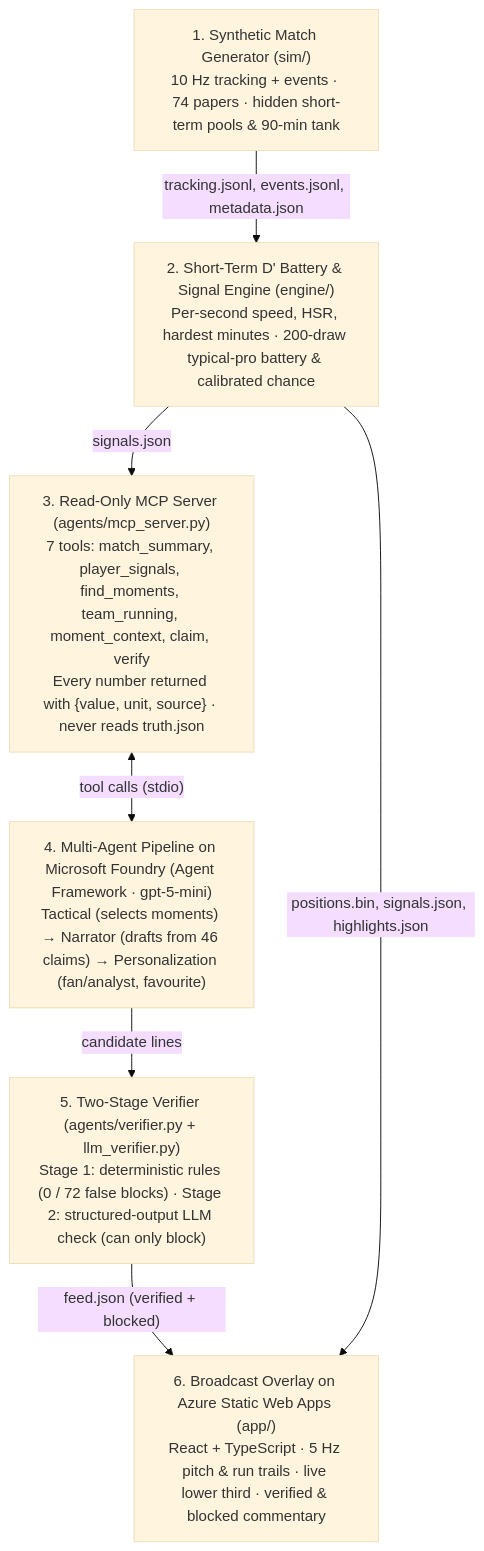
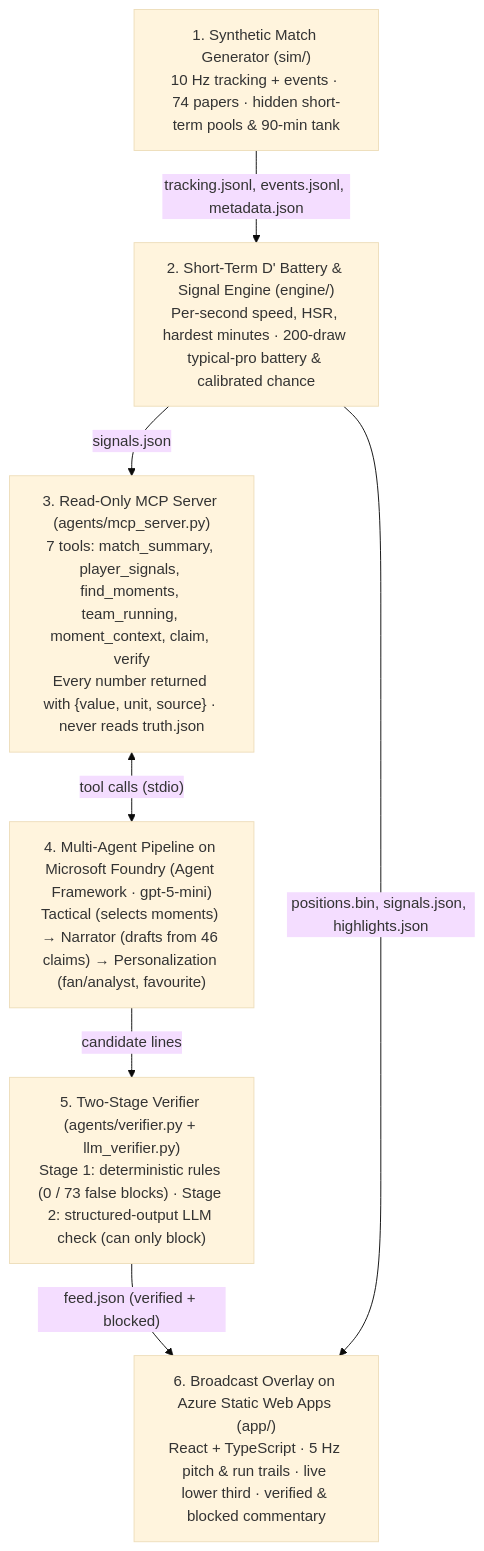
One commit to dimoralesb/running-battery changed the diagram in README.md. Above: the diagram before and after it, drawn with Mermaid (base theme). The commit also changed other lines of this file and 38 other files, not shown here.

````diff
--- a/README.md
+++ b/README.md
@@ -22,16 +22,16 @@
 ```mermaid
 flowchart TD
     SIM["1. Synthetic Match Generator (sim/)<br/>10 Hz tracking + events · 74 papers · hidden short-term pools & 90-min tank"]
     ENG["2. Short-Term D' Battery & Signal Engine (engine/)<br/>Per-second speed, HSR, hardest minutes · 200-draw typical-pro battery & calibrated chance"]
     MCP["3. Read-Only MCP Server (agents/mcp_server.py)<br/>7 tools: match_summary, player_signals, find_moments, team_running, moment_context, claim, verify<br/>Every number returned with {value, unit, source} · never reads truth.json"]
     AG["4. Multi-Agent Pipeline on Microsoft Foundry (Agent Framework · gpt-5-mini)<br/>Tactical (selects moments) → Narrator (drafts from 46 claims) → Personalization (fan/analyst, favourite)"]
-    VER["5. Two-Stage Verifier (agents/verifier.py + llm_verifier.py)<br/>Stage 1: deterministic rules (0 / 72 false blocks) · Stage 2: structured-output LLM check (can only block)"]
+    VER["5. Two-Stage Verifier (agents/verifier.py + llm_verifier.py)<br/>Stage 1: deterministic rules (0 / 73 false blocks) · Stage 2: structured-output LLM check (can only block)"]
     APP["6. Broadcast Overlay on Azure Static Web Apps (app/)<br/>React + TypeScript · 5 Hz pitch & run trails · live lower third · verified & blocked commentary"]
 
     SIM -->|"tracking.jsonl, events.jsonl, metadata.json"| ENG
     ENG -->|"signals.json"| MCP
     MCP <-->|"tool calls (stdio)"| AG
     AG -->|"candidate lines"| VER
     VER -->|"feed.json (verified + blocked)"| APP
     ENG -->|"positions.bin, signals.json, highlights.json"| APP
 ```
````
